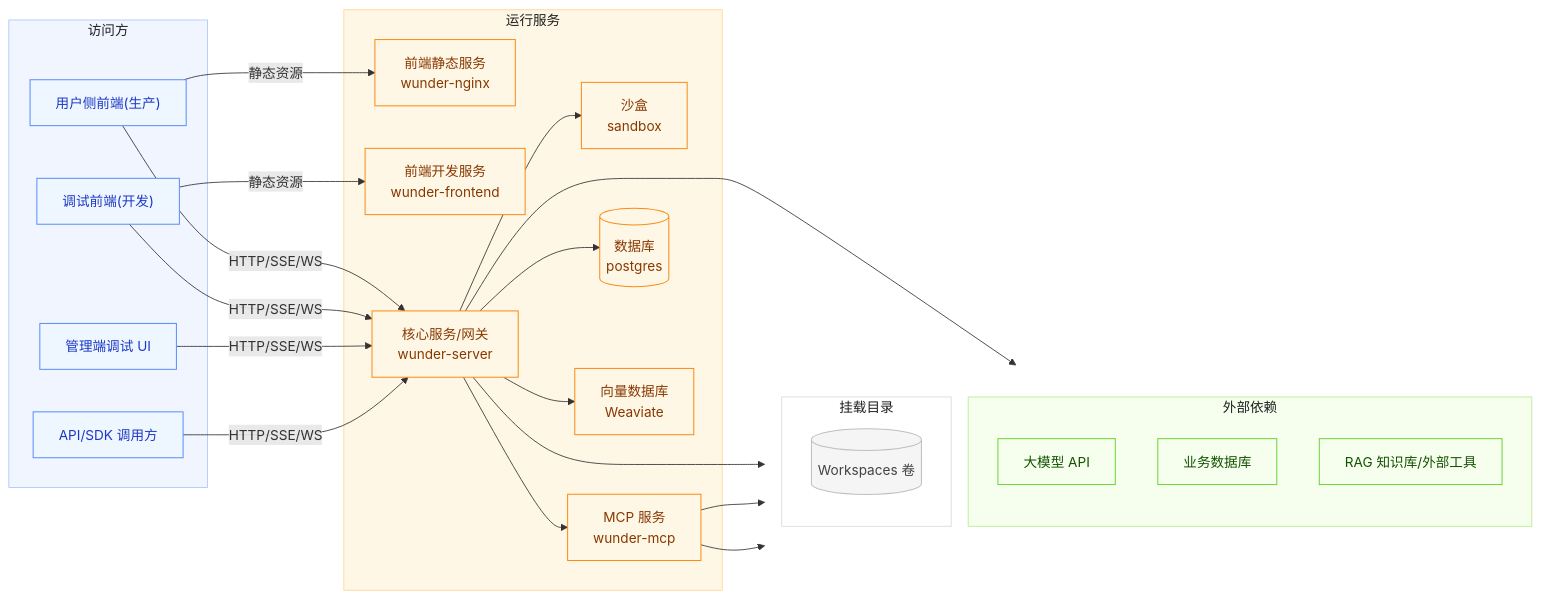
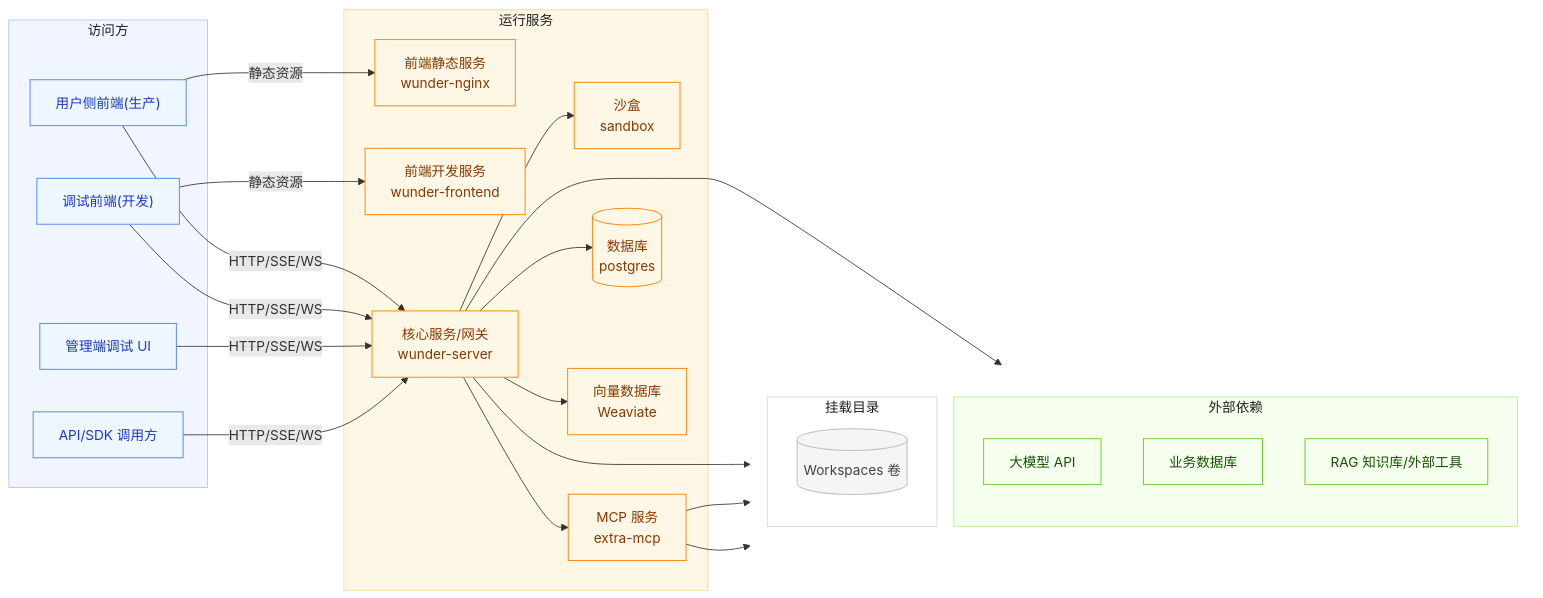
The first of 8 diagrams in docs/架构设计.md (ylsdamxssjxxdd/wunder), drawn with Mermaid before and after one commit. The commit also changed other lines of this file and 32 other files, not shown here.

Commit message:
统一容器命名并将独立 MCP 服务从 wunder-mcp/wunder_mcp 更名为 extra-mcp/extra_mcp

````diff
--- a/docs/架构设计.md
+++ b/docs/架构设计.md
@@ -26,65 +26,65 @@
 ```mermaid
 flowchart LR
   subgraph Clients["访问方"]
     UserUI["用户侧前端(生产)"]
     DebugUI["调试前端(开发)"]
     AdminUI["管理端调试 UI"]
     ApiClient["API/SDK 调用方"]
   end
 
   subgraph Runtime["运行服务"]
     Nginx["前端静态服务<br/>wunder-nginx"]
     FrontendDev["前端开发服务<br/>wunder-frontend"]
     RustAPI["核心服务/网关<br/>wunder-server"]
     Sandbox["沙盒<br/>sandbox"]
-    MCP["MCP 服务<br/>wunder-mcp"]
+    MCP["MCP 服务<br/>extra-mcp"]
     PG[("数据库<br/>postgres")]
     VectorDB["向量数据库<br/>Weaviate"]
   end
 
   subgraph RightSide[" "]
     direction TB
     subgraph External["外部依赖"]
       LLM["大模型 API"]
       ExtDB["业务数据库"]
       KB["RAG 知识库/外部工具"]
     end
     subgraph Mounts["挂载目录"]
       WS[("Workspaces 卷")]
     end
   end
 
   UserUI -->|静态资源| Nginx
   DebugUI -->|静态资源| FrontendDev
 
   UserUI -->|HTTP/SSE/WS| RustAPI
   DebugUI -->|HTTP/SSE/WS| RustAPI
   AdminUI -->|HTTP/SSE/WS| RustAPI
   ApiClient -->|HTTP/SSE/WS| RustAPI
 
   RustAPI --> PG
   RustAPI --> WS
   RustAPI --> LLM
   RustAPI --> VectorDB
   RustAPI --> Sandbox
   RustAPI --> MCP
 
   MCP --> ExtDB
   MCP --> KB
 
   classDef client fill:#eef6ff,stroke:#5b8ff9,stroke-width:1.2px,color:#1d39c4;
   classDef runtime fill:#fff7e6,stroke:#fa8c16,stroke-width:1.2px,color:#873800;
   classDef external fill:#f6ffed,stroke:#73d13d,stroke-width:1.2px,color:#135200;
   classDef volume fill:#f5f5f5,stroke:#bfbfbf,stroke-width:1.2px,color:#434343;
 
   class UserUI,DebugUI,AdminUI,ApiClient client;
   class Nginx,FrontendDev,RustAPI,Sandbox,MCP,PG,VectorDB runtime;
   class LLM,ExtDB,KB external;
   class WS volume;
 
   style Clients fill:#f0f5ff,stroke:#adc6ff,stroke-width:1px,color:#1f1f1f;
   style Runtime fill:#fff7e6,stroke:#ffd591,stroke-width:1px,color:#1f1f1f;
   style External fill:#f6ffed,stroke:#b7eb8f,stroke-width:1px,color:#1f1f1f;
   style Mounts fill:#ffffff,stroke:#d9d9d9,stroke-width:1px,color:#1f1f1f;
   style RightSide fill:transparent,stroke:transparent,color:transparent;
 ```
````
